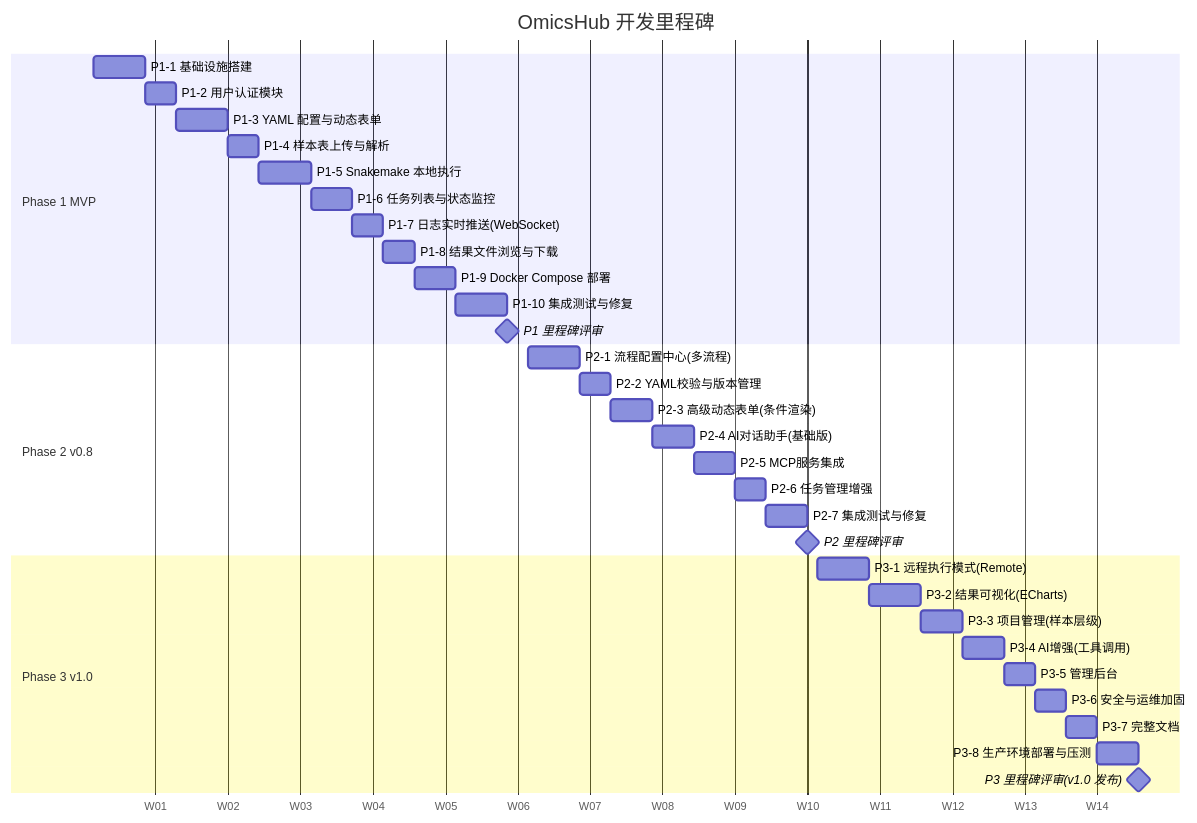
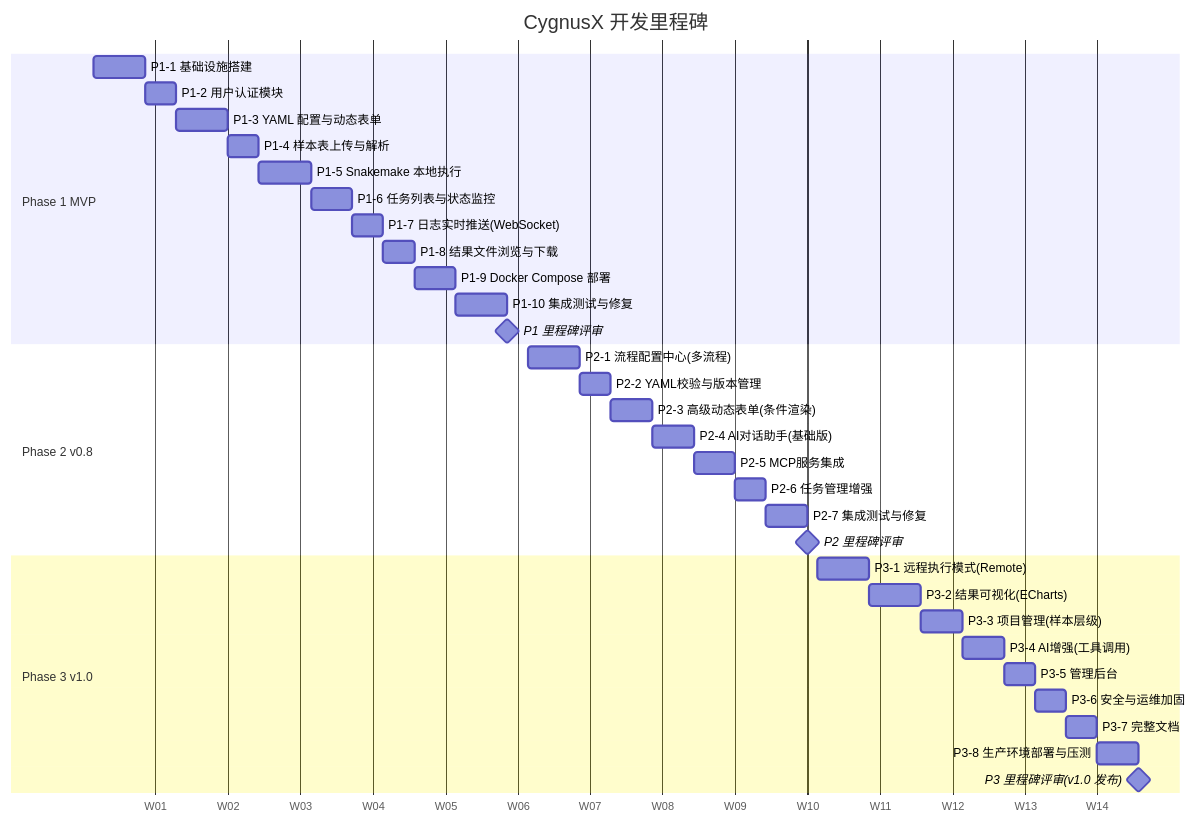
The diagram in docs/docs/modules/07_milestones.md (CygnusX-Labs/CygnusX), drawn with Mermaid before and after one commit. The commit also changed other lines of this file and 2091 other files, not shown here.

First line of the commit message:
cygnusx v0.0.3 rename OmicHub/OmicsHub to CygnusX（天鹅座智能科研平台）

````diff
--- a/docs/docs/modules/07_milestones.md
+++ b/docs/docs/modules/07_milestones.md
@@ -24,41 +24,41 @@
 ```mermaid
 gantt
-    title OmicsHub 开发里程碑
+    title CygnusX 开发里程碑
     dateFormat YYYY-MM-DD
     axisFormat W%W
     tickInterval 1week
 
     section Phase 1 MVP
     P1-1 基础设施搭建           :p1_infra, 2025-01-06, 5d
     P1-2 用户认证模块            :p1_auth, after p1_infra, 3d
     P1-3 YAML 配置与动态表单     :p1_yaml, after p1_auth, 5d
     P1-4 样本表上传与解析        :p1_sample, after p1_yaml, 3d
     P1-5 Snakemake 本地执行      :p1_exec, after p1_sample, 5d
     P1-6 任务列表与状态监控      :p1_monitor, after p1_exec, 4d
     P1-7 日志实时推送(WebSocket) :p1_ws, after p1_monitor, 3d
     P1-8 结果文件浏览与下载      :p1_result, after p1_ws, 3d
     P1-9 Docker Compose 部署     :p1_docker, after p1_result, 4d
     P1-10 集成测试与修复         :p1_test, after p1_docker, 5d
     P1 里程碑评审               :milestone, after p1_test, 0d
 
     section Phase 2 v0.8
     P2-1 流程配置中心(多流程)    :p2_flow, 2025-02-17, 5d
     P2-2 YAML校验与版本管理      :p2_val, after p2_flow, 3d
     P2-3 高级动态表单(条件渲染)  :p2_form, after p2_val, 4d
     P2-4 AI对话助手(基础版)      :p2_ai, after p2_form, 4d
     P2-5 MCP服务集成             :p2_mcp, after p2_ai, 4d
     P2-6 任务管理增强            :p2_task, after p2_mcp, 3d
     P2-7 集成测试与修复          :p2_test, after p2_task, 4d
     P2 里程碑评审               :milestone, after p2_test, 0d
 
     section Phase 3 v1.0
     P3-1 远程执行模式(Remote)    :p3_remote, 2025-03-17, 5d
     P3-2 结果可视化(ECharts)      :p3_viz, after p3_remote, 5d
     P3-3 项目管理(样本层级)      :p3_proj, after p3_viz, 4d
     P3-4 AI增强(工具调用)        :p3_ai2, after p3_proj, 4d
     P3-5 管理后台               :p3_admin, after p3_ai2, 3d
     P3-6 安全与运维加固          :p3_sec, after p3_admin, 3d
     P3-7 完整文档               :p3_doc, after p3_sec, 3d
     P3-8 生产环境部署与压测       :p3_prod, after p3_doc, 4d
     P3 里程碑评审(v1.0 发布)     :milestone, after p3_prod, 0d
 ```
````
